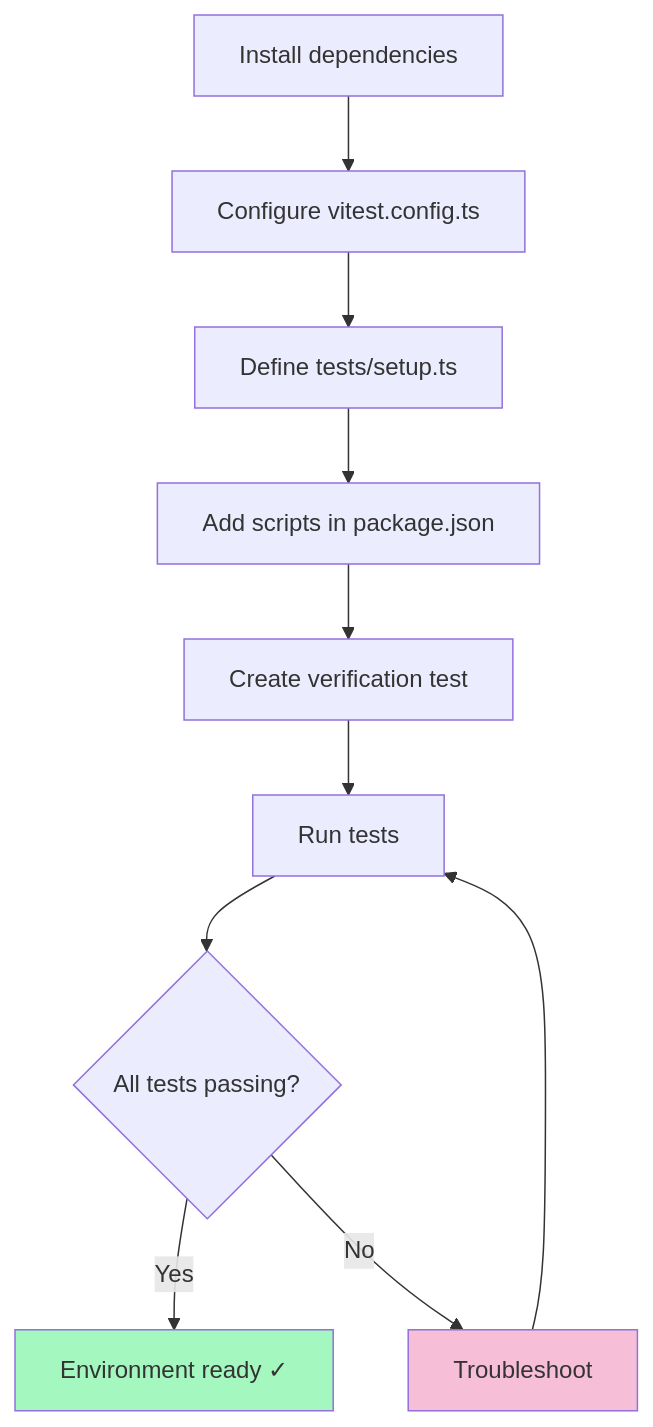
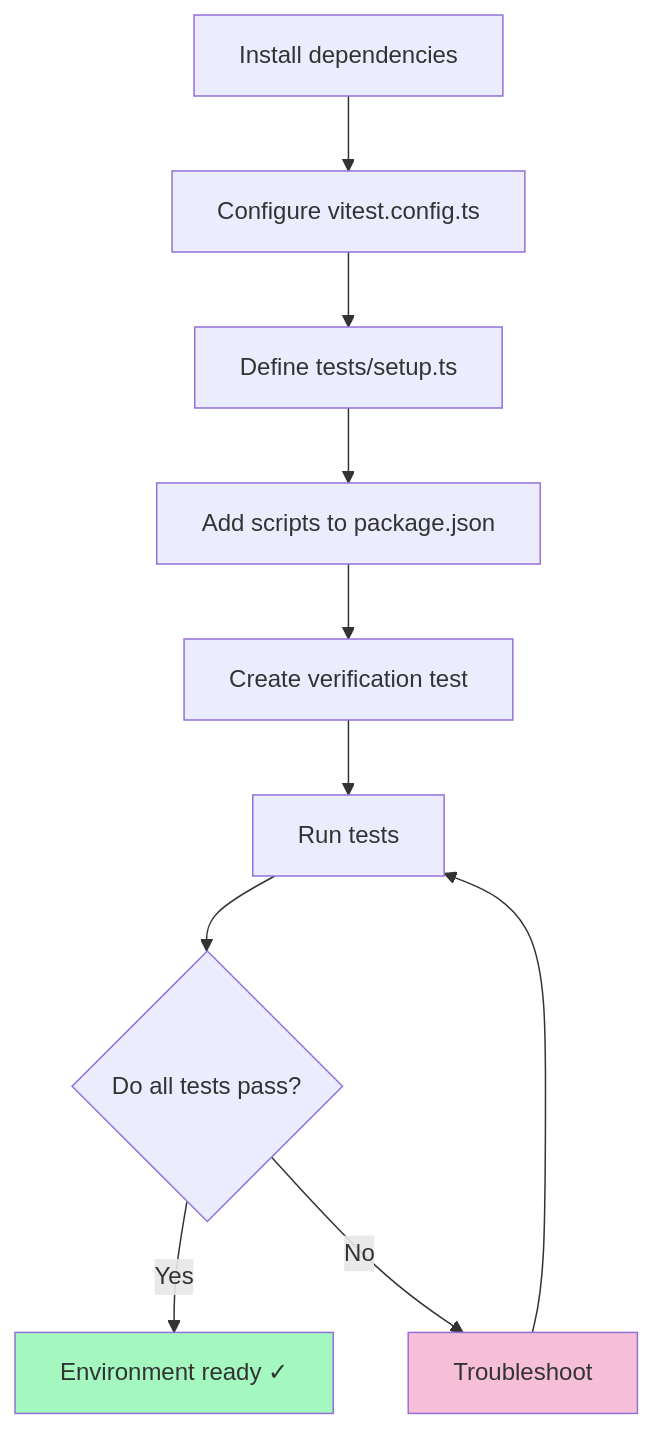
Before and after one commit to RadikeCosa/blog-astro: the diagram in src/content/posts/side-project-nutritional-tracker-2.en.md, drawn with Mermaid. The commit also changed other lines of this file and 13 other files, not shown here.

````diff
--- a/src/content/posts/side-project-nutritional-tracker-2.en.md
+++ b/src/content/posts/side-project-nutritional-tracker-2.en.md
@@ -223,14 +223,14 @@
 ```mermaid
 graph TD
     A[Install dependencies] --> B[Configure vitest.config.ts]
     B --> C[Define tests/setup.ts]
-    C --> D[Add scripts in package.json]
+    C --> D[Add scripts to package.json]
     D --> E[Create verification test]
     E --> F[Run tests]
-    F --> G{All tests passing?}
+    F --> G{Do all tests pass?}
     G -->|Yes| H[Environment ready ✓]
     G -->|No| I[Troubleshoot]
     I --> F
     style H fill:#A3F7BF
     style I fill:#F7BFD7
 ```
````
